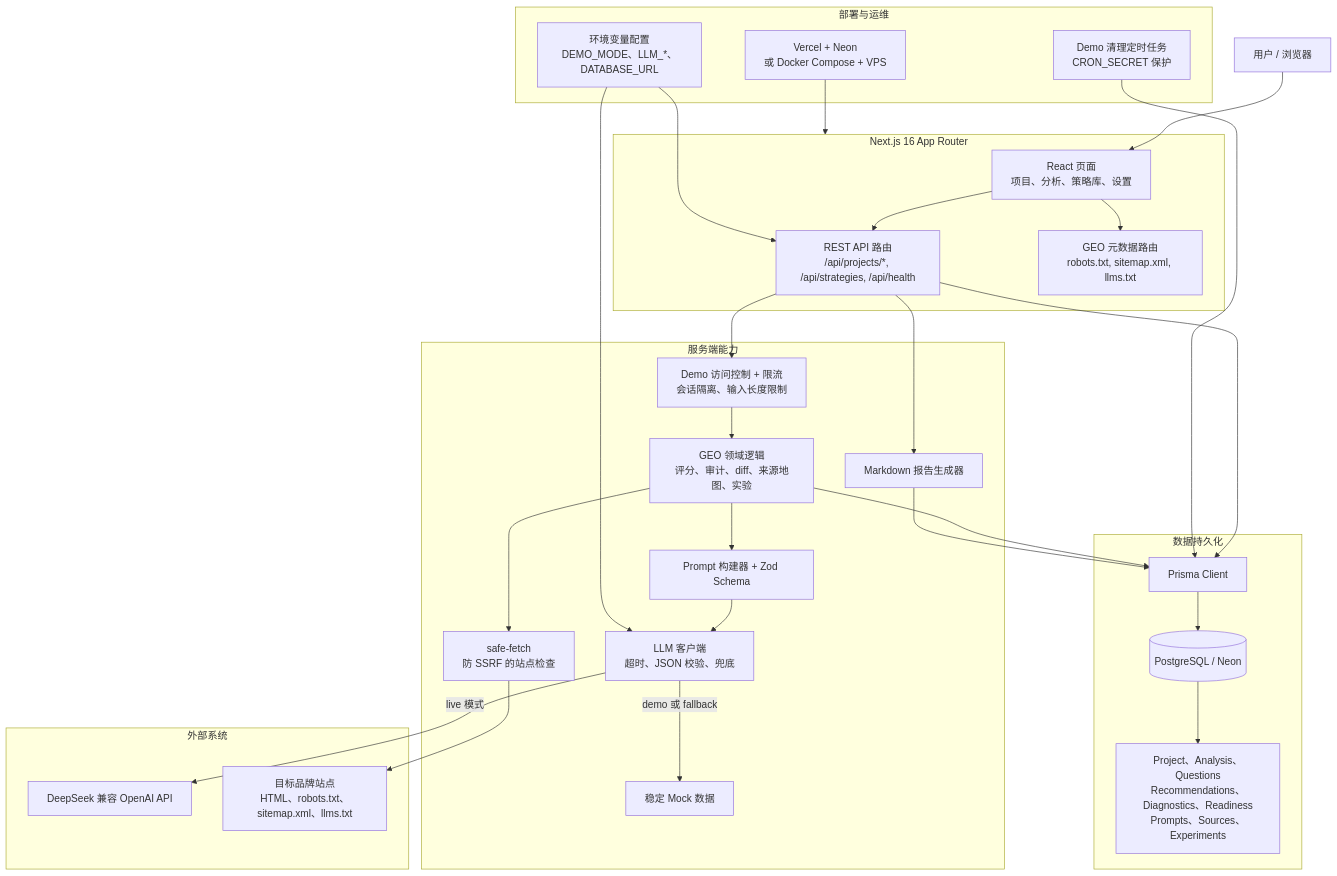
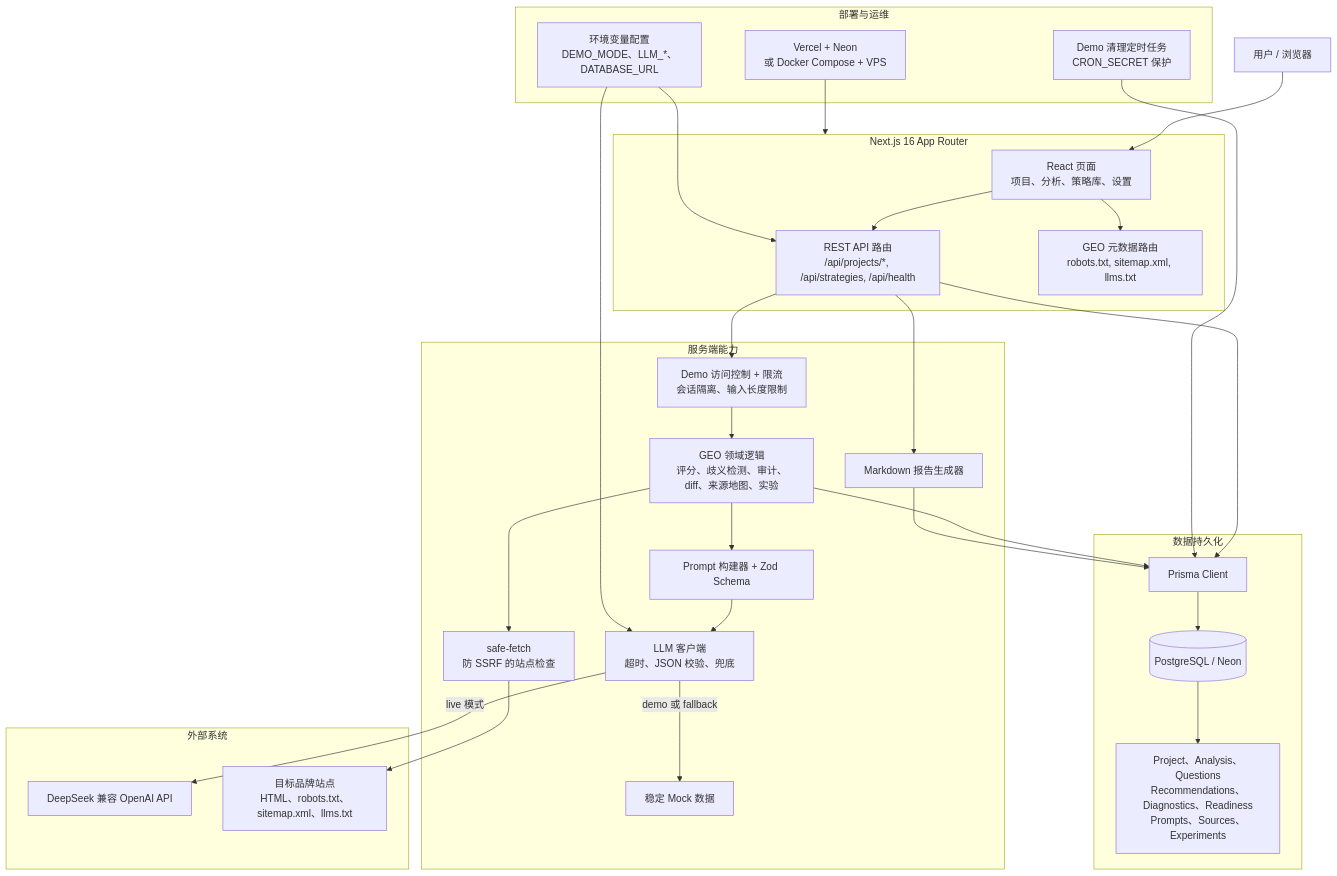
One commit to ZedingZhang/geo-lens changed the diagram in README_CN.md. Above: the diagram before and after it, drawn with Mermaid. The commit also changed other lines of this file and 8 other files, not shown here.

````diff
--- a/README_CN.md
+++ b/README_CN.md
@@ -70,59 +71,59 @@
 ```mermaid
 flowchart TB
     user["用户 / 浏览器"]
 
     subgraph app["Next.js 16 App Router"]
         pages["React 页面<br/>项目、分析、策略库、设置"]
         api["REST API 路由<br/>/api/projects/*, /api/strategies, /api/health"]
         meta["GEO 元数据路由<br/>robots.txt, sitemap.xml, llms.txt"]
     end
 
     subgraph services["服务端能力"]
         guards["Demo 访问控制 + 限流<br/>会话隔离、输入长度限制"]
-        geo["GEO 领域逻辑<br/>评分、审计、diff、来源地图、实验"]
+        geo["GEO 领域逻辑<br/>评分、歧义检测、审计、diff、来源地图、实验"]
         prompts["Prompt 构建器 + Zod Schema"]
         llm["LLM 客户端<br/>超时、JSON 校验、兜底"]
         fetcher["safe-fetch<br/>防 SSRF 的站点检查"]
         report["Markdown 报告生成器"]
         mock["稳定 Mock 数据"]
     end
 
     subgraph data["数据持久化"]
         prisma["Prisma Client"]
         db[(PostgreSQL / Neon)]
         models["Project、Analysis、Questions<br/>Recommendations、Diagnostics、Readiness<br/>Prompts、Sources、Experiments"]
     end
 
     subgraph external["外部系统"]
         deepseek["DeepSeek 兼容 OpenAI API"]
         target["目标品牌站点<br/>HTML、robots.txt、sitemap.xml、llms.txt"]
     end
 
     subgraph ops["部署与运维"]
         deploy["Vercel + Neon<br/>或 Docker Compose + VPS"]
         env["环境变量配置<br/>DEMO_MODE、LLM_*、DATABASE_URL"]
         cleanup["Demo 清理定时任务<br/>CRON_SECRET 保护"]
     end
 
     user --> pages
     pages --> api
     pages --> meta
     api --> guards
     guards --> geo
     geo --> prompts
     prompts --> llm
     llm -->|"live 模式"| deepseek
     llm -->|"demo 或 fallback"| mock
     geo --> fetcher
     fetcher --> target
     api --> report
     api --> prisma
     geo --> prisma
     report --> prisma
     prisma --> db
     db --> models
     cleanup --> prisma
     env --> api
     env --> llm
     deploy --> app
 ```
````
